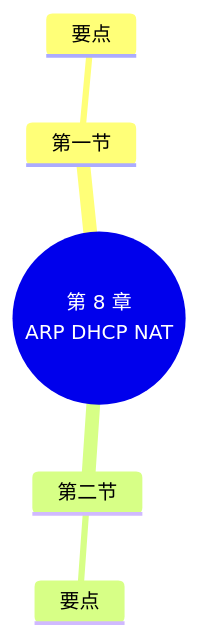
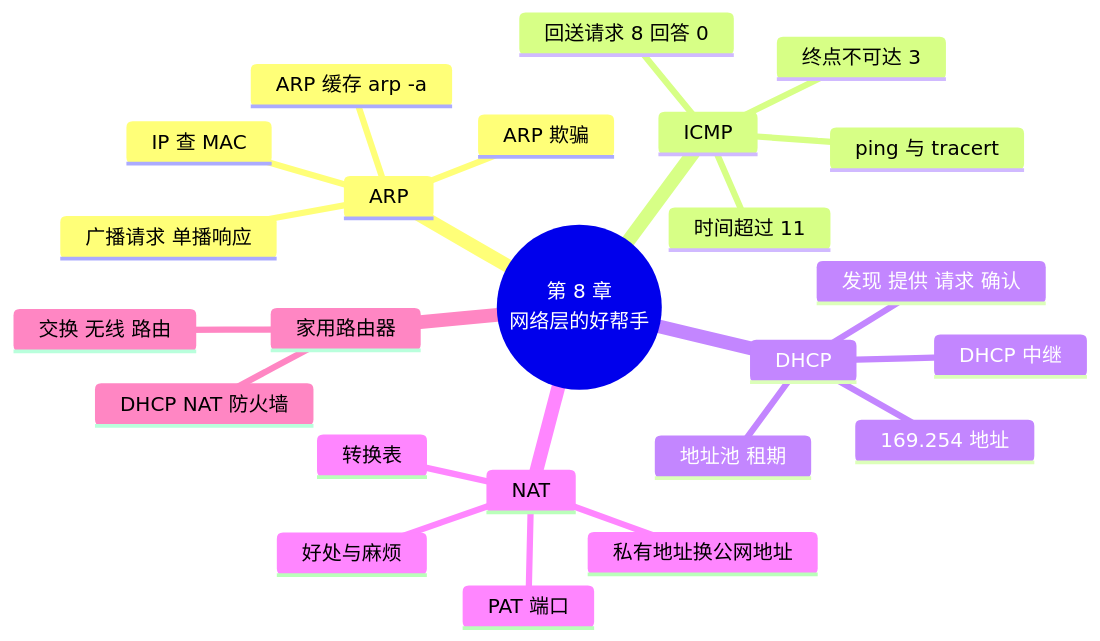
The diagram in docs/chapters/08-arp-dhcp-nat/index.md (MingziFu9/computer-network), drawn with Mermaid before and after one commit. The commit also changed other lines of this file and 11 other files, not shown here.

First line of the commit message:
第 8 章 ARP、ICMP、DHCP 与 NAT：正文、3 个实验、ARP、DHCP 和 NAT 转换表动画、术语

````diff
--- a/docs/chapters/08-arp-dhcp-nat/index.md
+++ b/docs/chapters/08-arp-dhcp-nat/index.md
@@ -185,8 +578,27 @@
 ```mermaid
 mindmap
-  root((第 8 章<br/>ARP DHCP NAT))
-    第一节
-      要点
-    第二节
-      要点
+  root((第 8 章<br/>网络层的好帮手))
+    ARP
+      IP 查 MAC
+      广播请求 单播响应
+      ARP 缓存 arp -a
+      ARP 欺骗
+    ICMP
+      回送请求 8 回答 0
+      终点不可达 3
+      时间超过 11
+      ping 与 tracert
+    DHCP
+      发现 提供 请求 确认
+      地址池 租期
+      169.254 地址
+      DHCP 中继
+    NAT
+      私有地址换公网地址
+      PAT 端口
+      转换表
+      好处与麻烦
+    家用路由器
+      交换 无线 路由
+      DHCP NAT 防火墙
 ```
````
